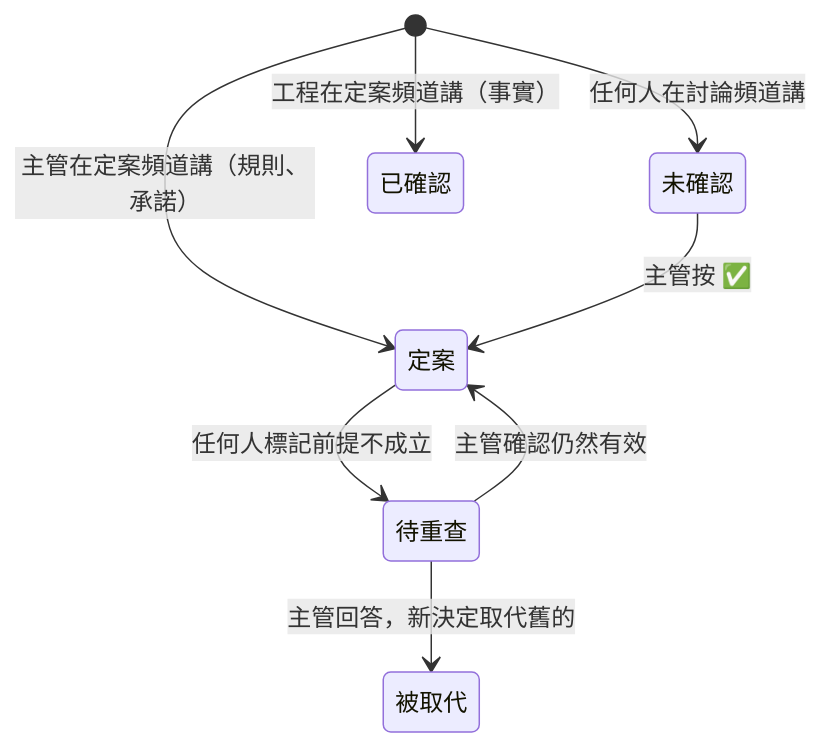
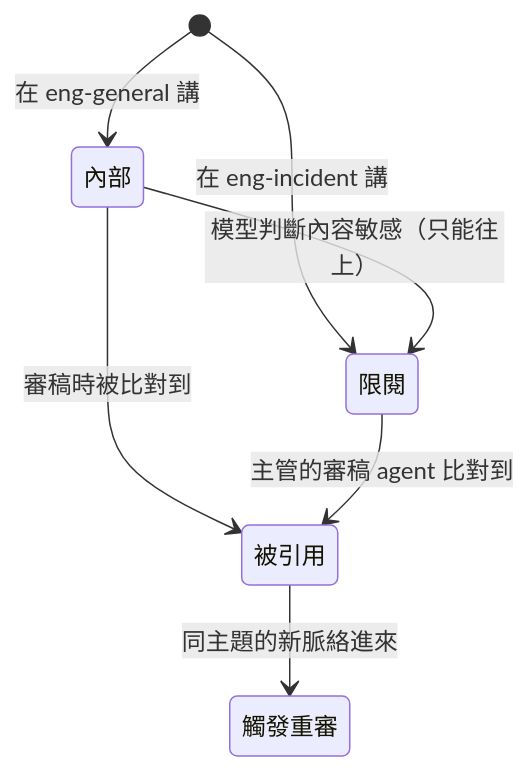
One commit to c0mpiled-18/stick changed the first of 3 diagrams in docs/intent-map.md. Above: the diagram before and after it, drawn with Mermaid. The commit also changed other lines of this file and 3 other files, not shown here.

````diff
--- a/docs/intent-map.md
+++ b/docs/intent-map.md
@@ -91,10 +95,9 @@
 ```mermaid
 stateDiagram-v2
-    [*] --> 未確認: 任何人在討論頻道講
-    [*] --> 已確認: 工程在定案頻道講（事實）
-    [*] --> 定案: 主管在定案頻道講（規則、承諾）
-    未確認 --> 定案: 主管按 ✅
-    定案 --> 待重查: 任何人標記前提不成立
-    待重查 --> 被取代: 主管回答，新決定取代舊的
-    待重查 --> 定案: 主管確認仍然有效
+    [*] --> 內部: 在 eng-general 講
+    [*] --> 限閱: 在 eng-incident 講
+    內部 --> 限閱: 模型判斷內容敏感（只能往上）
+    內部 --> 被引用: 審稿時被比對到
+    限閱 --> 被引用: 主管的審稿 agent 比對到
+    被引用 --> 觸發重審: 同主題的新脈絡進來
 ```
````
